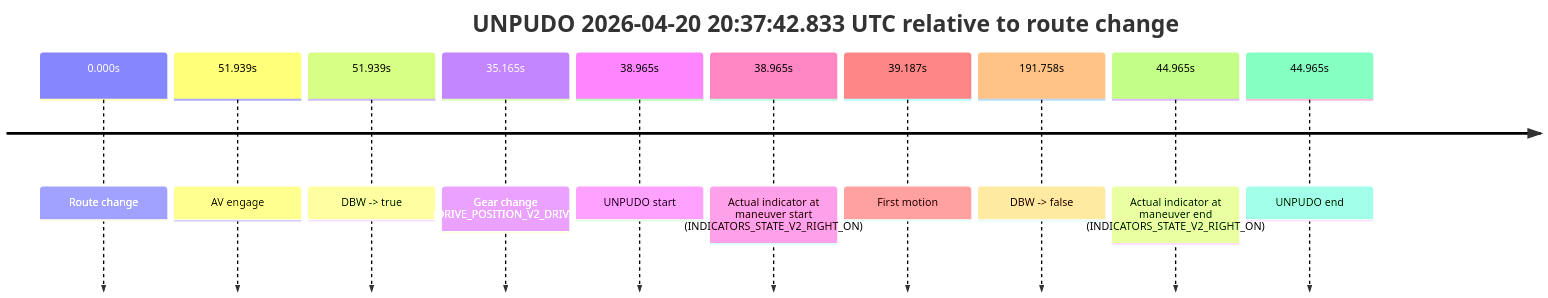
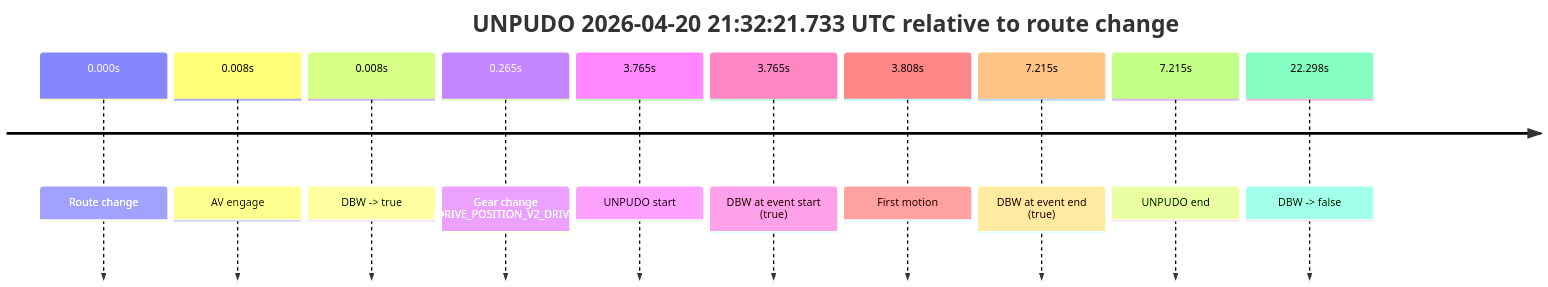
Before and after one commit to yoelshapiro/vault: the tenth of 12 diagrams in model_analysis/report_cards/2026/04/Week-4/fme20032--2026-04-20--19-03-35--gen2-av-e7d103b0-699e-4196-82b3-9255e1b970f8.md, drawn with Mermaid. The commit also changed other lines of this file and 1 other file, not shown here.

````diff
--- a/model_analysis/report_cards/2026/04/Week-4/fme20032--2026-04-20--19-03-35--gen2-av-e7d103b0-699e-4196-82b3-9255e1b970f8.md
+++ b/model_analysis/report_cards/2026/04/Week-4/fme20032--2026-04-20--19-03-35--gen2-av-e7d103b0-699e-4196-82b3-9255e1b970f8.md
@@ -817,14 +894,14 @@
 ```mermaid
 timeline
-    title UNPUDO 2026-04-20 20:37:42.833 UTC relative to route change
+    title UNPUDO 2026-04-20 21:32:21.733 UTC relative to route change
     0.000s : Route change
-    51.939s : AV engage
-    51.939s : DBW -> true
-    35.165s : Gear change (DRIVE_POSITION_V2_DRIVE)
-    38.965s : UNPUDO start
-    38.965s : Actual indicator at maneuver start (INDICATORS_STATE_V2_RIGHT_ON)
-    39.187s : First motion
-    191.758s : DBW -> false
-    44.965s : Actual indicator at maneuver end (INDICATORS_STATE_V2_RIGHT_ON)
-    44.965s : UNPUDO end
+    0.008s : AV engage
+    0.008s : DBW -> true
+    0.265s : Gear change (DRIVE_POSITION_V2_DRIVE)
+    3.765s : UNPUDO start
+    3.765s : DBW at event start (true)
+    3.808s : First motion
+    7.215s : DBW at event end (true)
+    7.215s : UNPUDO end
+    22.298s : DBW -> false
 ```
````
